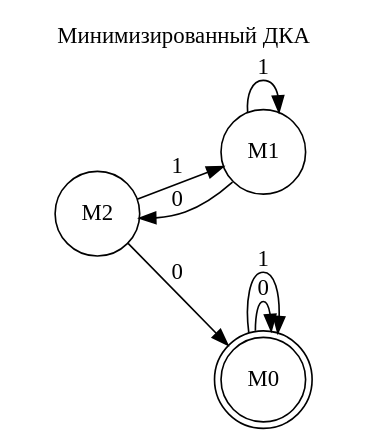
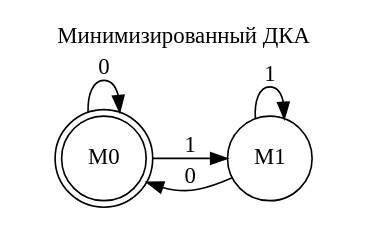
One commit to GhostManSSR/Vyz_study changed the diagram in NKAminimizationDKA/app/graphs/минимизированный_дка.dot. Above: the diagram before and after it, drawn with Graphviz. The commit also changed 11 other files, not shown here.

```diff
--- a/NKAminimizationDKA/app/graphs/минимизированный_дка.dot
+++ b/NKAminimizationDKA/app/graphs/минимизированный_дка.dot
@@ -1,14 +1,11 @@
 digraph Automaton {
     rankdir=LR;
     graph [label="Минимизированный ДКА", labelloc=t];
     node [shape=circle];
     "M0" [label="M0", shape=doublecircle];
     "M1" [label="M1"];
-    "M2" [label="M2"];
     "M0" -> "M0" [label="0"];
-    "M0" -> "M0" [label="1"];
-    "M1" -> "M2" [label="0"];
+    "M0" -> "M1" [label="1"];
+    "M1" -> "M0" [label="0"];
     "M1" -> "M1" [label="1"];
-    "M2" -> "M0" [label="0"];
-    "M2" -> "M1" [label="1"];
 }
```
